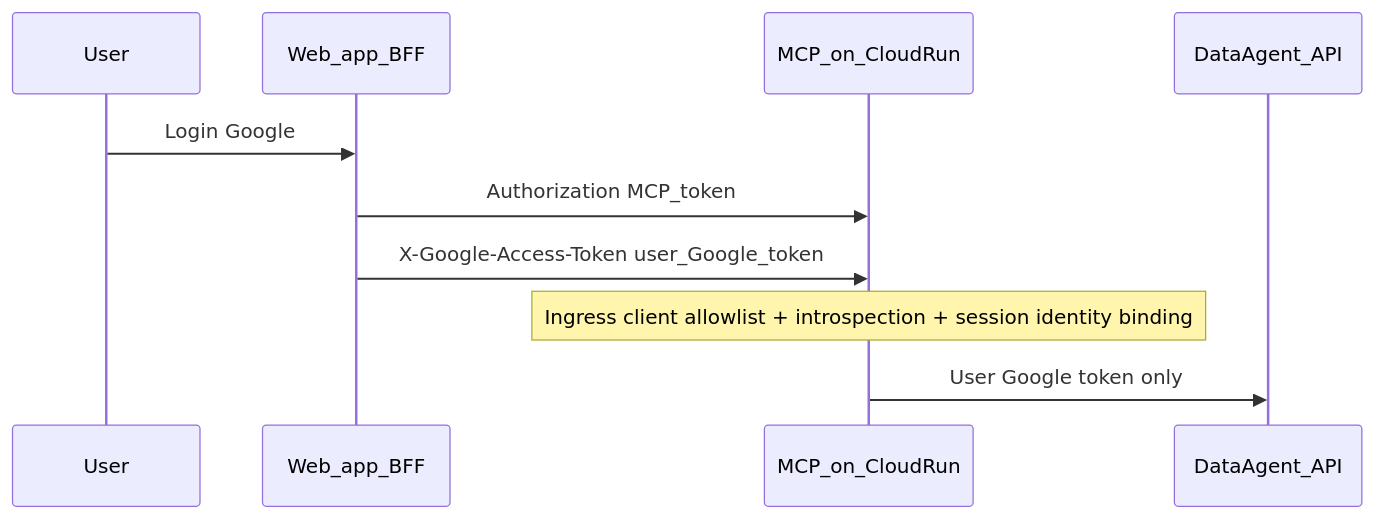
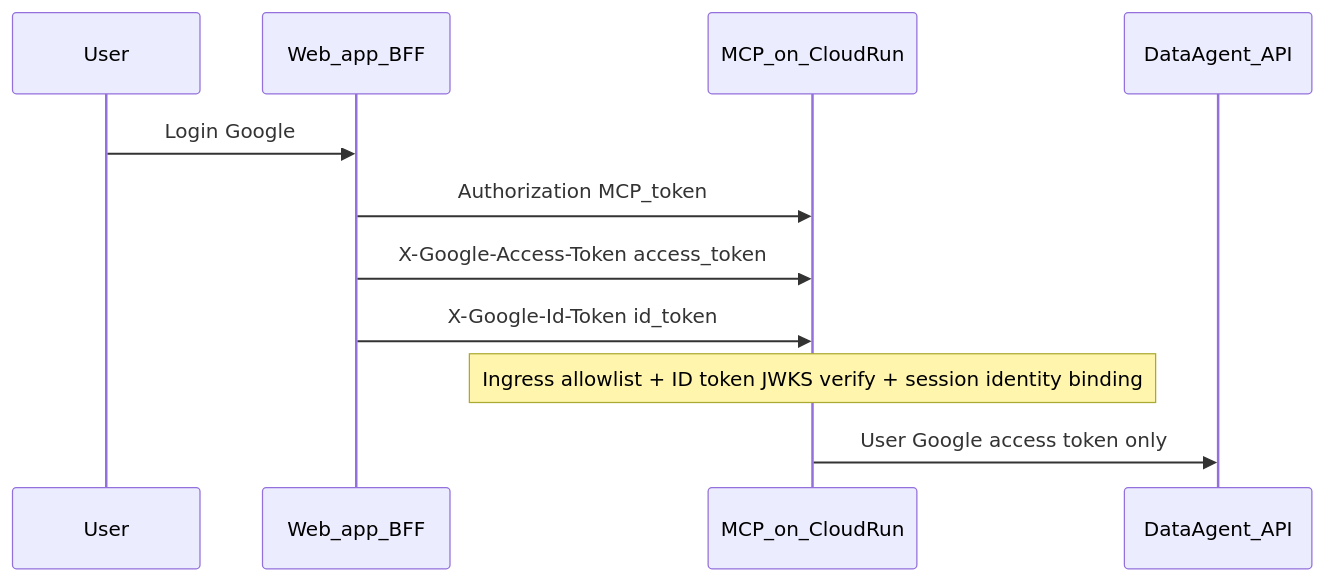
One commit to yu-iskw/gemini-data-agent-mcp changed the third of 3 diagrams in docs/adr/0001-dual-layer-authentication.md. Above: the diagram before and after it, drawn with Mermaid. The commit also changed other lines of this file and 24 other files, not shown here.

First line of the commit message:
fix(core): replace Google introspection with ID token verification

````diff
--- a/docs/adr/0001-dual-layer-authentication.md
+++ b/docs/adr/0001-dual-layer-authentication.md
@@ -66,13 +66,14 @@
 ```mermaid
 sequenceDiagram
   participant User
   participant BFF as Web_app_BFF
   participant MCP as MCP_on_CloudRun
   participant API as DataAgent_API
 
   User->>BFF: Login Google
   BFF->>MCP: Authorization MCP_token
-  BFF->>MCP: X-Google-Access-Token user_Google_token
-  Note over MCP: Ingress client allowlist + introspection + session identity binding
-  MCP->>API: User Google token only
+  BFF->>MCP: X-Google-Access-Token access_token
+  BFF->>MCP: X-Google-Id-Token id_token
+  Note over MCP: Ingress allowlist + ID token JWKS verify + session identity binding
+  MCP->>API: User Google access token only
 ```
````
